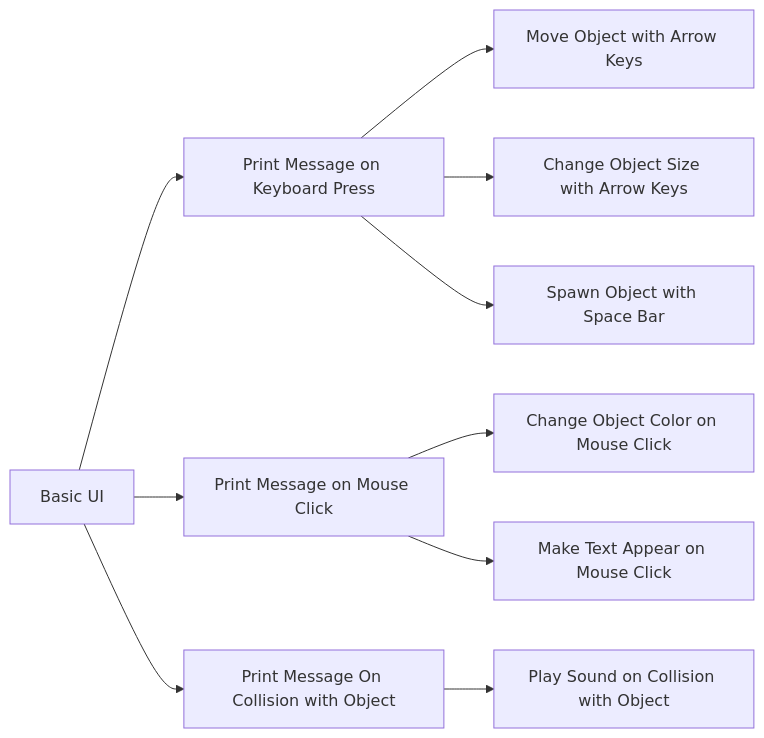
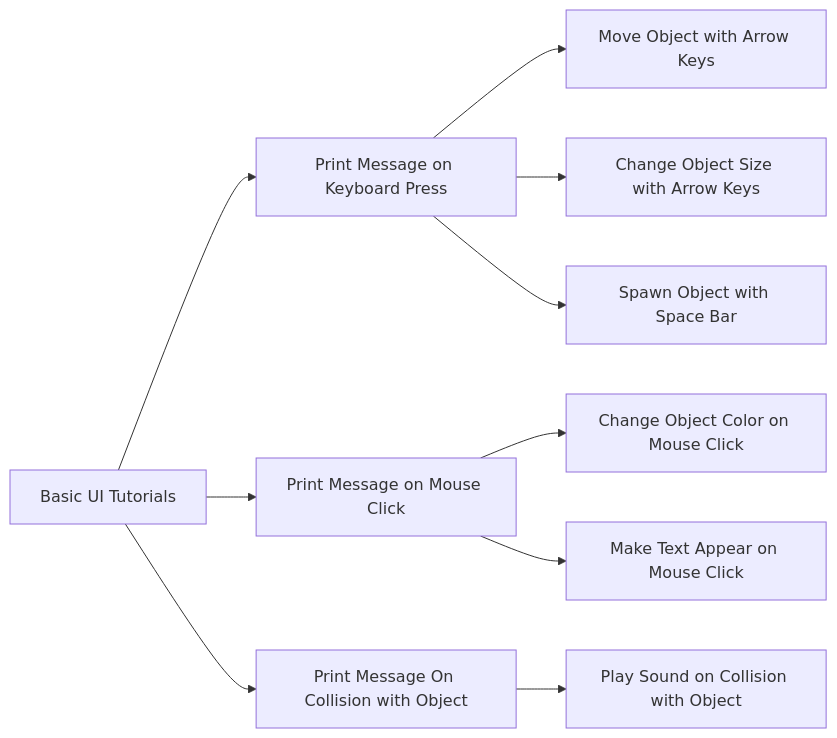
Before and after one commit to learninglab-dev/the-resources: the diagram in data/work/realityLab-unity-scripting-tutorials.md, drawn with Mermaid. The commit also changed other lines of this file, not shown here.

Commit message:
data/work/realityLab-unity-scripting-tutorials.md updated from https://stackedit.io/

````diff
--- a/data/work/realityLab-unity-scripting-tutorials.md
+++ b/data/work/realityLab-unity-scripting-tutorials.md
@@ -8,14 +8,14 @@
 ```mermaid
 graph LR
-A[Basic UI] --> B[Print Message on Keyboard Press]
+A[Basic UI Tutorials] --> B[Print Message on Keyboard Press]
 A --> H[Print Message on Mouse Click]
 A --> C[Print Message On Collision with Object]
 B --> J[Move Object with Arrow Keys]
 B --> D[Change Object Size with Arrow Keys]
 B --> E[Spawn Object with Space Bar]
 H --> F[Change Object Color on Mouse Click]
 H --> I[Make Text Appear on Mouse Click]
 C --> G[Play Sound on Collision with Object]
 
 
 ```
````
